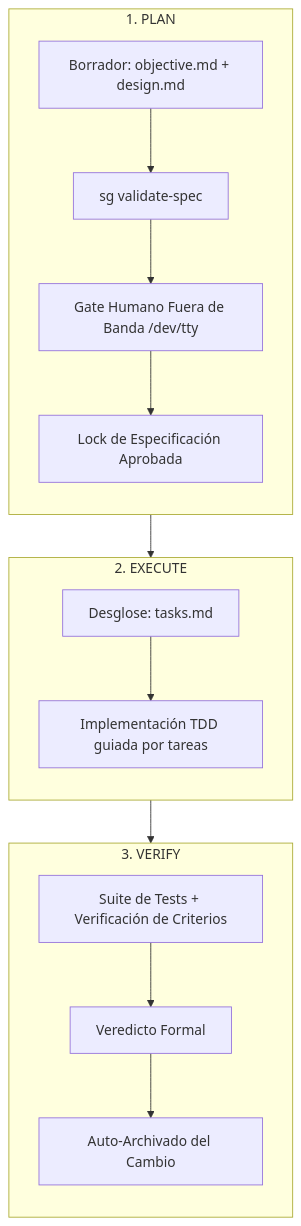
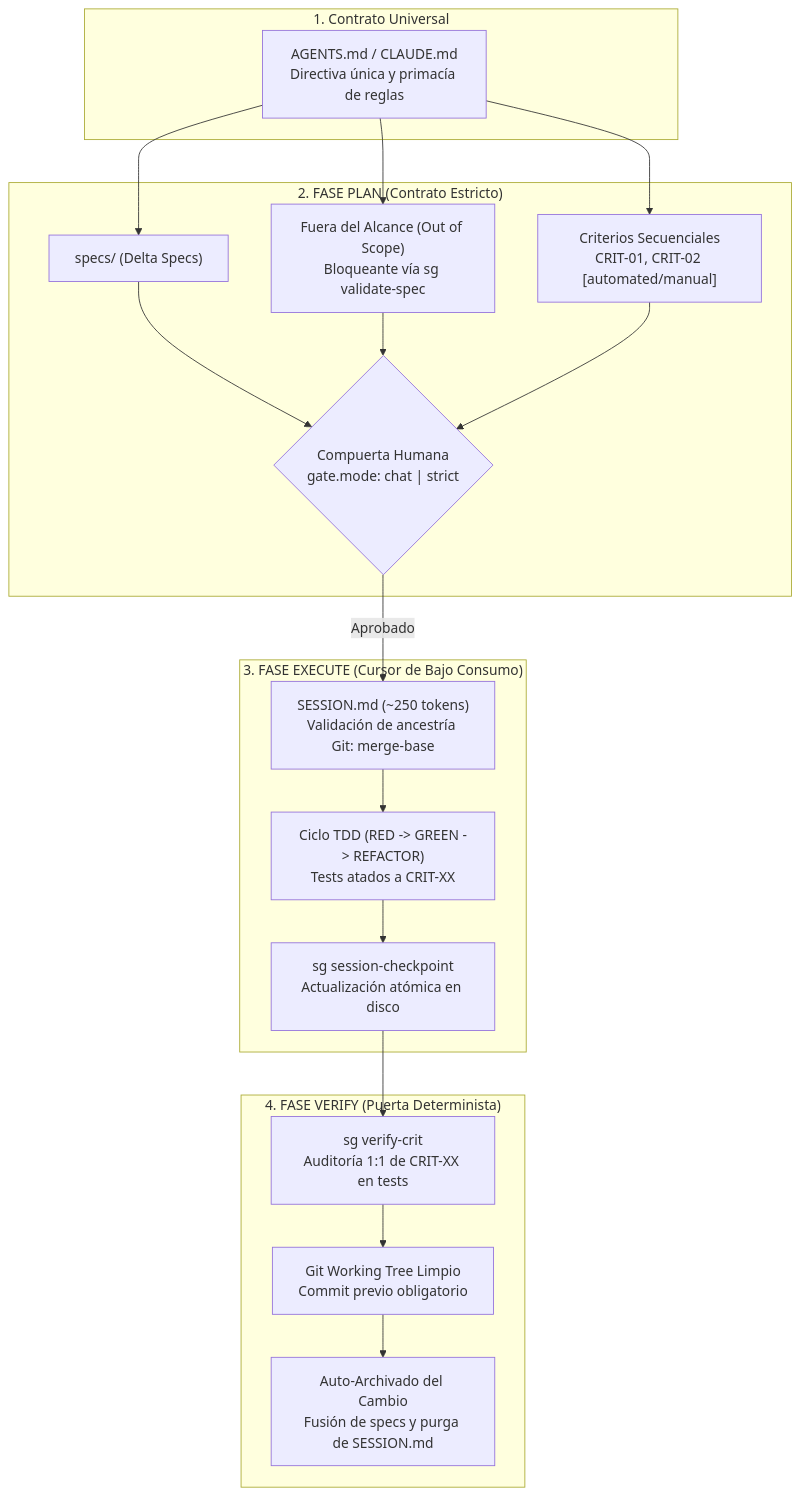
Before and after one commit to fdomerlo/spec-guard: the diagram in README.md, drawn with Mermaid. The commit also changed other lines of this file and 37 other files, not shown here.

````diff
--- a/README.md
+++ b/README.md
@@ -74,23 +13,32 @@
 ```mermaid
 graph TD
-    subgraph "1. PLAN"
-        direction TB
-        DRAFT[Borrador: objective.md + design.md] --> VAL[sg validate-spec]
-        VAL --> GATE[Gate Humano Fuera de Banda /dev/tty]
-        GATE --> LOCK[Lock de Especificación Aprobada]
+    subgraph "1. Contrato Universal"
+        AGENTS["AGENTS.md / CLAUDE.md<br/>Directiva única y primacía de reglas"]
     end
 
-    subgraph "2. EXECUTE"
-        direction TB
-        TASKS[Desglose: tasks.md] --> IMPL[Implementación TDD guiada por tareas]
+    subgraph "2. FASE PLAN (Contrato Estricto)"
+        DELTA["specs/ (Delta Specs)"]
+        SCOPE["Fuera del Alcance (Out of Scope)<br/>Bloqueante vía sg validate-spec"]
+        CRIT["Criterios Secuenciales<br/>CRIT-01, CRIT-02 [automated/manual]"]
+        GATE{"Compuerta Humana<br/>gate.mode: chat | strict"}
     end
 
-    subgraph "3. VERIFY"
-        direction TB
-        TESTS[Suite de Tests + Verificación de Criterios] --> VERDICT[Veredicto Formal]
-        VERDICT --> ARCHIVE[Auto-Archivado del Cambio]
+    subgraph "3. FASE EXECUTE (Cursor de Bajo Consumo)"
+        SESSION["SESSION.md (~250 tokens)<br/>Validación de ancestría Git: merge-base"]
+        TDD["Ciclo TDD (RED -> GREEN -> REFACTOR)<br/>Tests atados a CRIT-XX"]
+        CHECKPOINT["sg session-checkpoint<br/>Actualización atómica en disco"]
     end
 
-    LOCK --> TASKS
-    IMPL --> TESTS
+    subgraph "4. FASE VERIFY (Puerta Determinista)"
+        VERIFY_CRIT["sg verify-crit<br/>Auditoría 1:1 de CRIT-XX en tests"]
+        CLEAN_GIT["Git Working Tree Limpio<br/>Commit previo obligatorio"]
+        ARCHIVE["Auto-Archivado del Cambio<br/>Fusión de specs y purga de SESSION.md"]
+    end
+
+    AGENTS --> DELTA & SCOPE & CRIT
+    DELTA & SCOPE & CRIT --> GATE
+    GATE -->|Aprobado| SESSION
+    SESSION --> TDD --> CHECKPOINT
+    CHECKPOINT --> VERIFY_CRIT
+    VERIFY_CRIT --> CLEAN_GIT --> ARCHIVE
 ```
````
